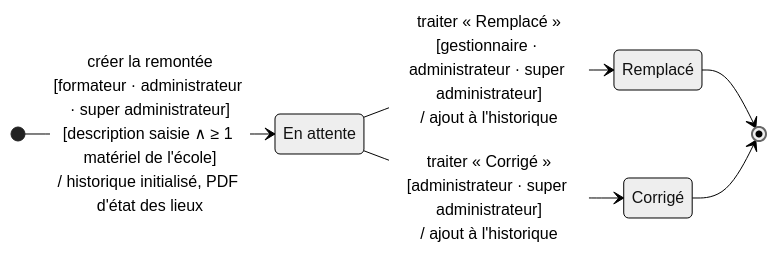
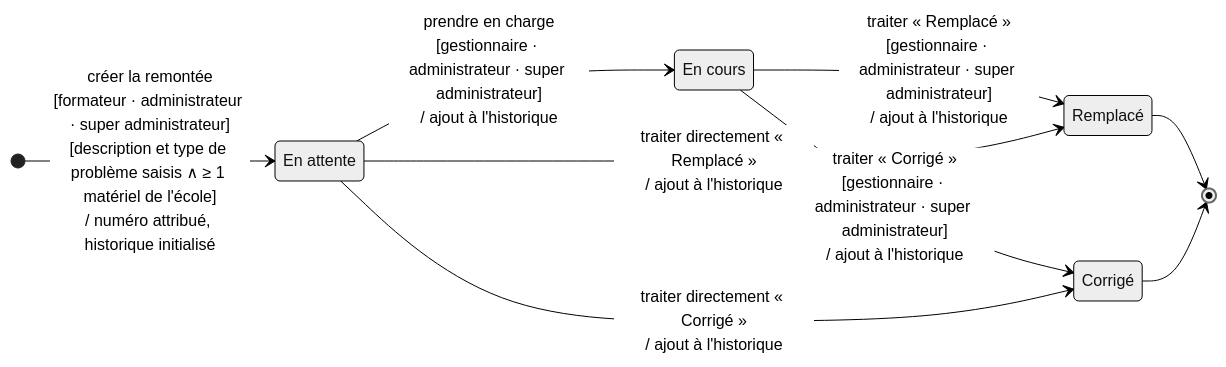
The first of 2 diagrams in docs/temporaire/DIAGRAMMES-ETATS-BROUILLON-V1.md (bpierrelouis/aster), drawn with Mermaid (neutral theme) before and after one commit. The commit also changed other lines of this file and 3 other files, not shown here.

First line of the commit message:
docs(etats): aligner les diagrammes d'états sur l'application

````diff
--- a/docs/temporaire/DIAGRAMMES-ETATS-BROUILLON-V1.md
+++ b/docs/temporaire/DIAGRAMMES-ETATS-BROUILLON-V1.md
@@ -11,13 +11,17 @@
 ```mermaid
 stateDiagram-v2
     direction LR
-    [*] --> attente : créer la remontée<br/>[formateur · administrateur · super administrateur]<br/>[description saisie ∧ ≥ 1 matériel de l'école]<br/>/ historique initialisé, PDF d'état des lieux
-    attente --> remplace : traiter « Remplacé »<br/>[gestionnaire · administrateur · super administrateur]<br/>/ ajout à l'historique
-    attente --> corrige : traiter « Corrigé »<br/>[administrateur · super administrateur]<br/>/ ajout à l'historique
+    [*] --> attente : créer la remontée<br/>[formateur · administrateur · super administrateur]<br/>[description et type de problème saisis ∧ ≥ 1 matériel de l'école]<br/>/ numéro attribué, historique initialisé
+    attente --> encours : prendre en charge<br/>[gestionnaire · administrateur · super administrateur]<br/>/ ajout à l'historique
+    encours --> remplace : traiter « Remplacé »<br/>[gestionnaire · administrateur · super administrateur]<br/>/ ajout à l'historique
+    encours --> corrige : traiter « Corrigé »<br/>[gestionnaire · administrateur · super administrateur]<br/>/ ajout à l'historique
+    attente --> remplace : traiter directement « Remplacé »<br/>/ ajout à l'historique
+    attente --> corrige : traiter directement « Corrigé »<br/>/ ajout à l'historique
     remplace --> [*]
     corrige --> [*]
 
     attente : En attente
+    encours : En cours
     remplace : Remplacé
     corrige : Corrigé
 ```
````
